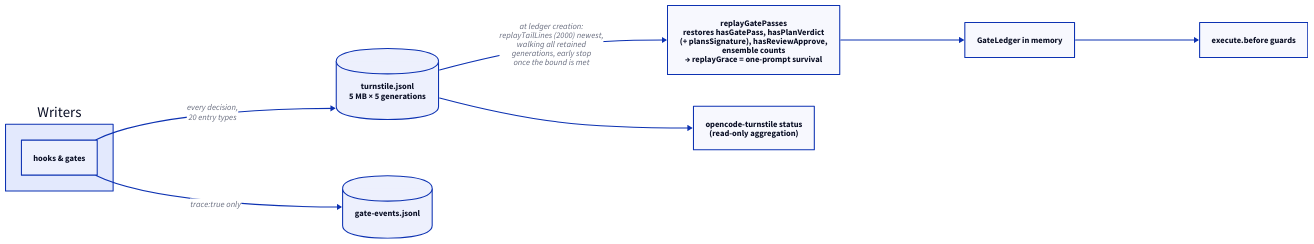
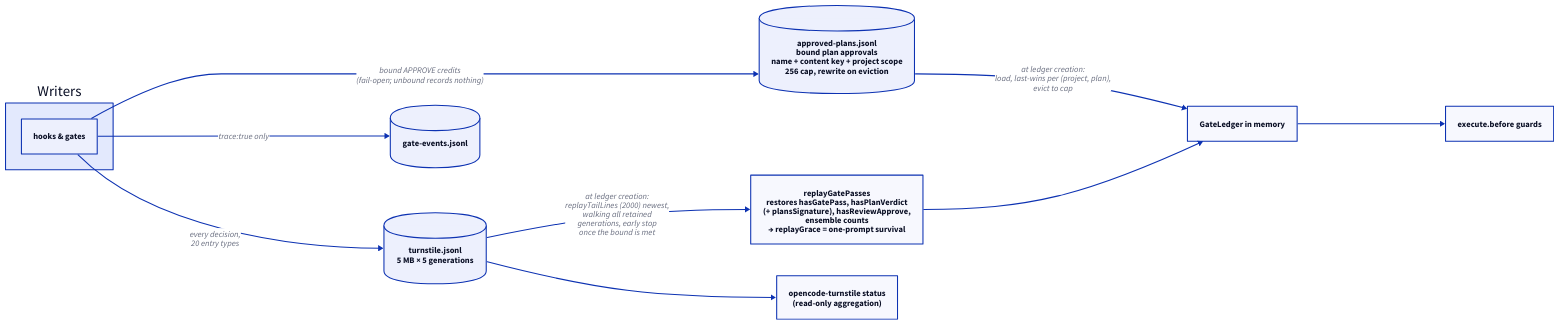
Before and after one commit to edseabolt/turnstile: the diagram in docs/diagrams/d05-persistence.d2, drawn with D2. The commit also changed 11 other files, not shown here.

Commit message:
fix(plan-gate): durably exempt byte-identical approved plans from the executor plan gate

```diff
--- a/docs/diagrams/d05-persistence.d2
+++ b/docs/diagrams/d05-persistence.d2
@@ -1,24 +1,29 @@
 direction: right
 
 writers: "Writers" {
   hooks: "hooks & gates"
 }
 
 jsonl: "turnstile.jsonl\n5 MB × 5 generations" {
   shape: cylinder
 }
 trace: "gate-events.jsonl" {
   shape: cylinder
 }
+approval: "approved-plans.jsonl\nbound plan approvals\nname + content key + project scope\n256 cap, rewrite on eviction" {
+  shape: cylinder
+}
 
 replay: "replayGatePasses\nrestores hasGatePass, hasPlanVerdict\n(+ plansSignature), hasReviewApprove,\nensemble counts\n→ replayGrace = one-prompt survival"
 ledger: "GateLedger in memory"
 enforce: "execute.before guards"
 cli: "opencode-turnstile status\n(read-only aggregation)"
 
 writers.hooks -> jsonl: "every decision,\n20 entry types"
 writers.hooks -> trace: "trace:true only"
+writers.hooks -> approval: "bound APPROVE credits\n(fail-open; unbound records nothing)"
+approval -> ledger: "at ledger creation:\nload, last-wins per (project, plan),\nevict to cap"
 jsonl -> replay: "at ledger creation:\nreplayTailLines (2000) newest,\nwalking all retained\ngenerations, early stop\nonce the bound is met"
 replay -> ledger
 ledger -> enforce
 jsonl -> cli
```
